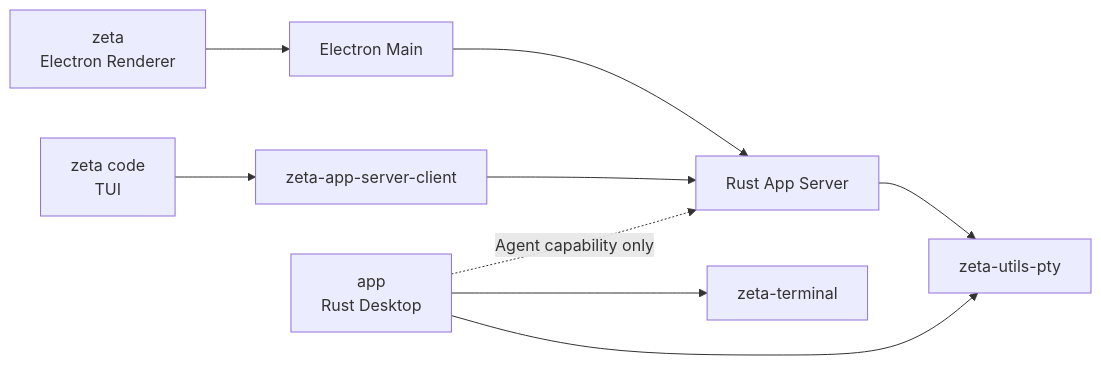
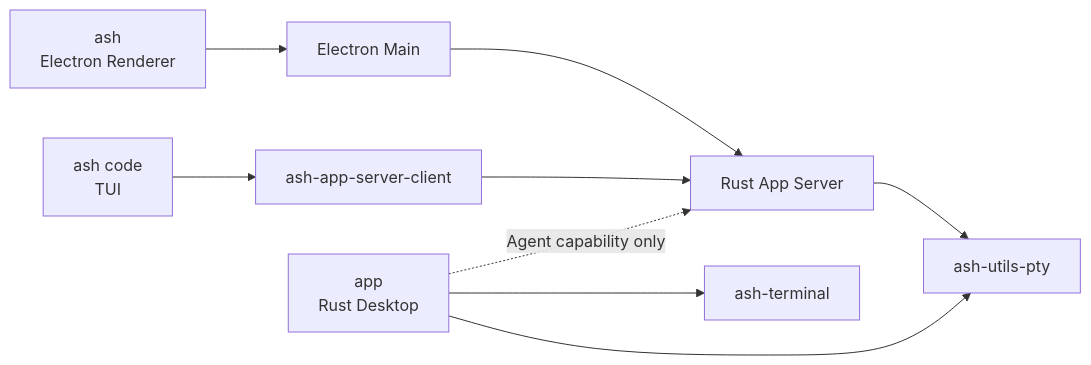
The diagram in docs/product-lines.md (chogng/zeta), drawn with Mermaid before and after one commit. The commit also changed other lines of this file and 7718 other files, not shown here.

Commit message:
refactor: rename zeta to ash

````diff
--- a/docs/product-lines.md
+++ b/docs/product-lines.md
@@ -25,11 +25,11 @@
 ```mermaid
 flowchart LR
-    Code["zeta code\nTUI"] --> Client["zeta-app-server-client"]
-    Desktop["zeta\nElectron Renderer"] --> Main["Electron Main"]
+    Code["ash code\nTUI"] --> Client["ash-app-server-client"]
+    Desktop["ash\nElectron Renderer"] --> Main["Electron Main"]
     Main --> Server["Rust App Server"]
     Client --> Server
-    Server --> Pty["zeta-utils-pty"]
-    Term["app\nRust Desktop"] --> Core["zeta-terminal"]
+    Server --> Pty["ash-utils-pty"]
+    Term["app\nRust Desktop"] --> Core["ash-terminal"]
     Term --> Pty
     Term -. "Agent capability only" .-> Server
 ```
````
